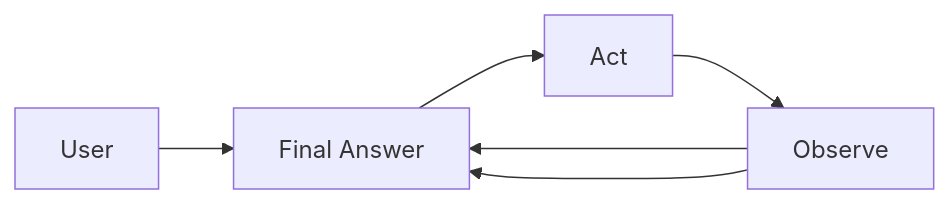
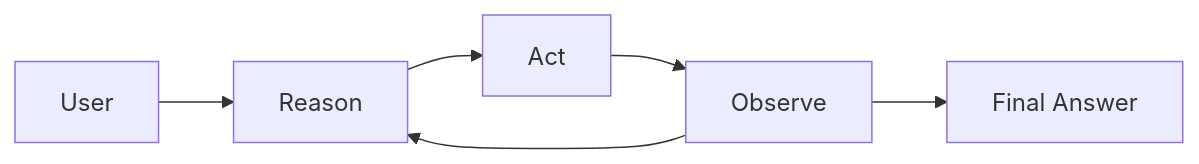
One commit to muchengit/agent-top changed the second of 10 diagrams in docs/en/quick-reference/architecture-patterns.md. Above: the diagram before and after it, drawn with Mermaid. The commit also changed other lines of this file and 42 other files, not shown here.

````diff
--- a/docs/en/quick-reference/architecture-patterns.md
+++ b/docs/en/quick-reference/architecture-patterns.md
@@ -45,8 +54,8 @@
 ```mermaid
 flowchart LR
   U[User] --> R[Reason]
   R --> A[Act]
   A --> O[Observe]
   O --> R
-  O --> R[Final Answer]
+  O --> F[Final Answer]
 ```
````
